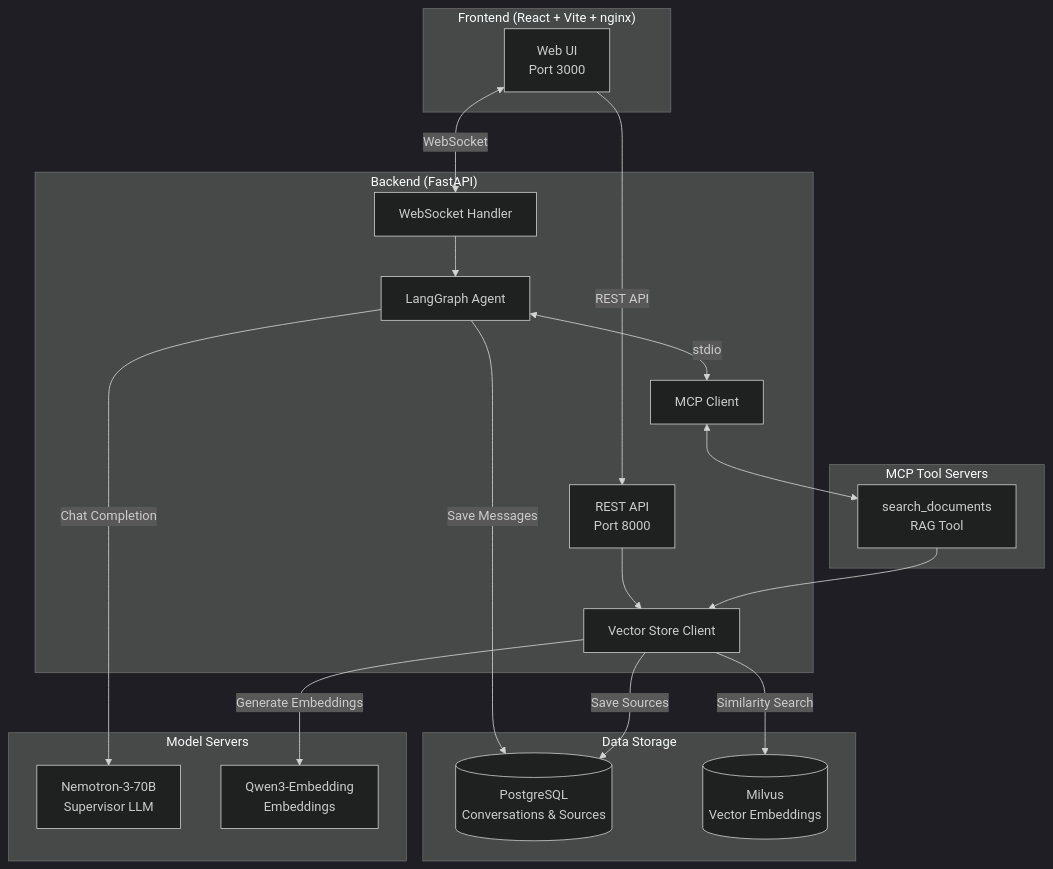
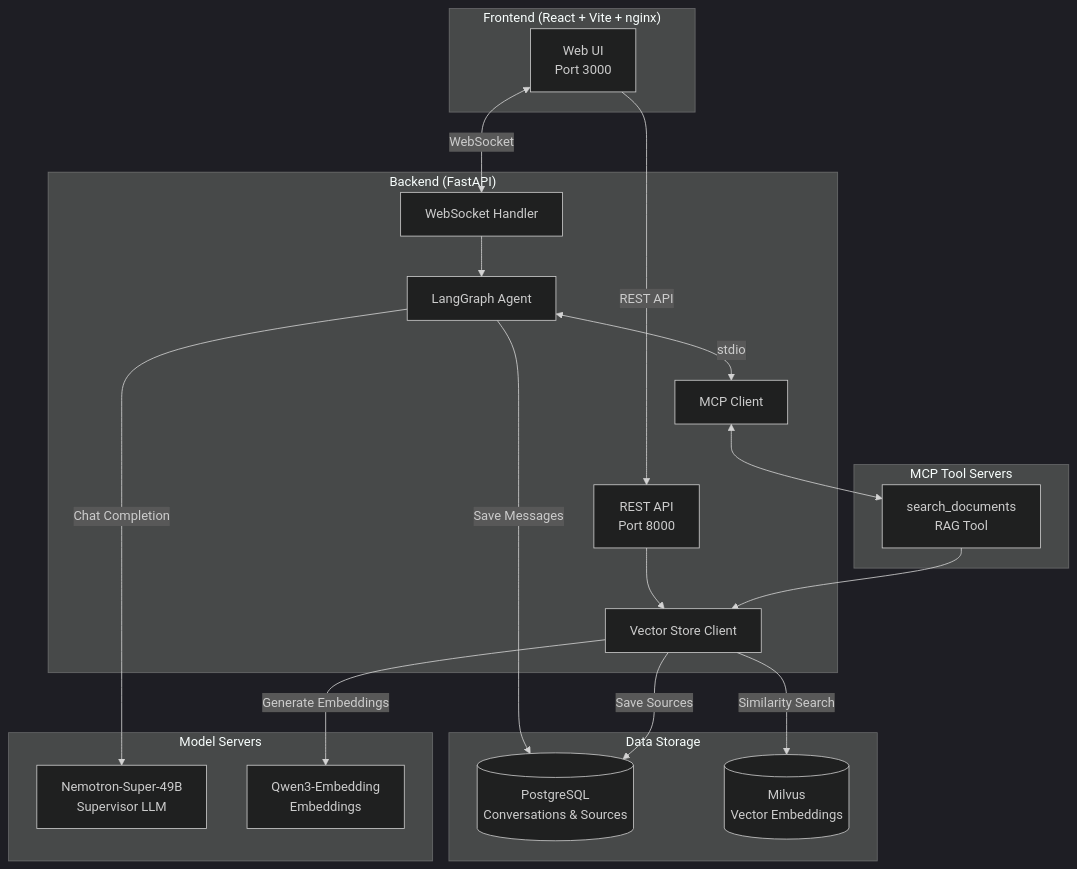
Before and after one commit to devgig/rag-agent-chatbot: the first of 3 diagrams in README.md, drawn with Mermaid (dark theme). The commit also changed other lines of this file and 18 other files, not shown here.

First line of the commit message:
Upgrade supervisor LLM to Nemotron-Super-49B-v1.5-FP8

````diff
--- a/README.md
+++ b/README.md
@@ -31,45 +31,45 @@
 ```mermaid
 flowchart TB
     subgraph Frontend["Frontend (React + Vite + nginx)"]
         UI[Web UI<br/>Port 3000]
     end
 
     subgraph Backend["Backend (FastAPI)"]
         API[REST API<br/>Port 8000]
         WSHandler[WebSocket Handler]
         Agent[LangGraph Agent]
         VectorStore[Vector Store Client]
         MCPClient[MCP Client]
     end
 
     subgraph MCPServers["MCP Tool Servers"]
         RAG[search_documents<br/>RAG Tool]
     end
 
     subgraph Storage["Data Storage"]
         Postgres[(PostgreSQL<br/>Conversations & Sources)]
         Milvus[(Milvus<br/>Vector Embeddings)]
     end
 
     subgraph Models["Model Servers"]
-        LLM[Nemotron-3-70B<br/>Supervisor LLM]
+        LLM[Nemotron-Super-49B<br/>Supervisor LLM]
         Embed[Qwen3-Embedding<br/>Embeddings]
     end
 
     UI -->|REST API| API
     UI <-->|WebSocket| WSHandler
 
     WSHandler --> Agent
     API --> VectorStore
 
     Agent <-->|stdio| MCPClient
     MCPClient <--> RAG
 
     Agent -->|Chat Completion| LLM
     RAG --> VectorStore
     VectorStore -->|Similarity Search| Milvus
     VectorStore -->|Generate Embeddings| Embed
 
     Agent -->|Save Messages| Postgres
     VectorStore -->|Save Sources| Postgres
 ```
````
